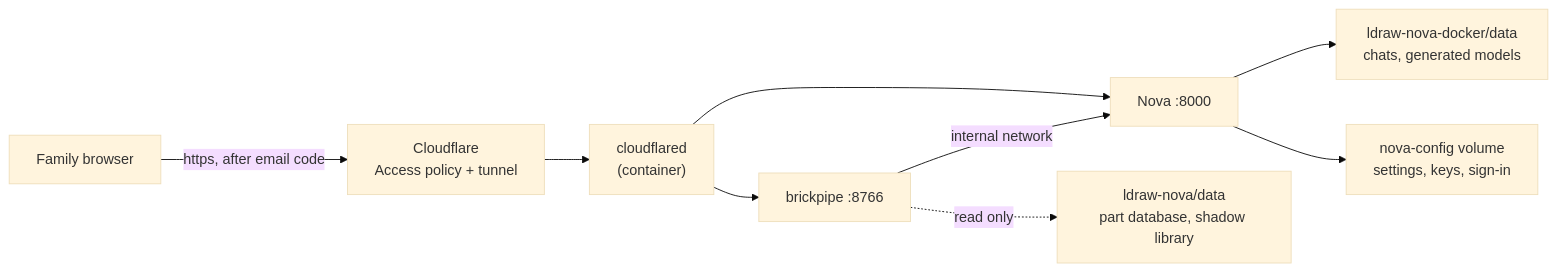
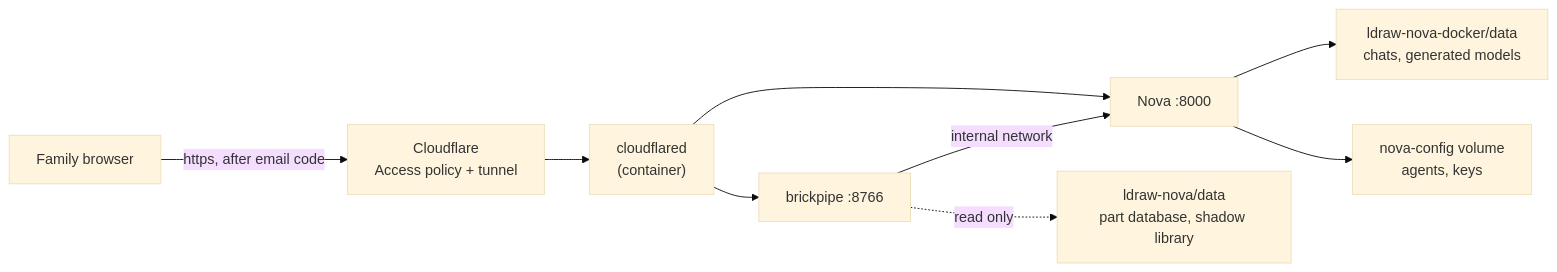
Before and after one commit to cgans/brickpipe: the diagram in docs/hosting.md, drawn with Mermaid (base theme). The commit also changed other lines of this file and 3 other files, not shown here.

First line of the commit message:
Deploy: host's Anthropic API key is Nova's default, no shared sign-in

````diff
--- a/docs/hosting.md
+++ b/docs/hosting.md
@@ -14,11 +14,11 @@
 ```mermaid
 flowchart LR
     F["Family browser"] -->|https, after email code| CF["Cloudflare<br/>Access policy + tunnel"]
     CF --> T["cloudflared<br/>(container)"]
     T --> B["brickpipe :8766"]
     T --> N["Nova :8000"]
     B -->|internal network| N
     B -.->|read only| D["ldraw-nova/data<br/>part database, shadow library"]
     N --> G["ldraw-nova-docker/data<br/>chats, generated models"]
-    N --> C["nova-config volume<br/>settings, keys, sign-in"]
+    N --> C["nova-config volume<br/>agents, keys"]
 ```
````
